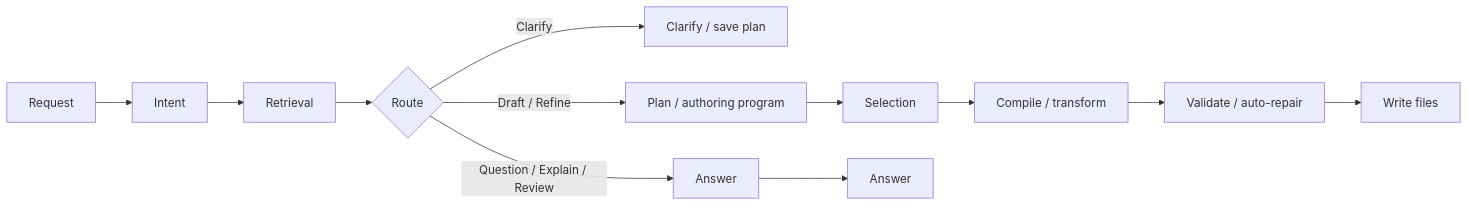
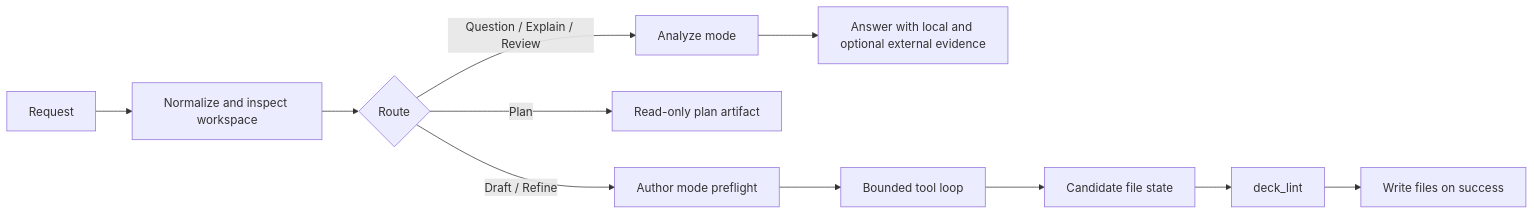
Before and after one commit to Airgap-Castaways/deck: the diagram in docs/guides/ask.md, drawn with Mermaid. The commit also changed other lines of this file and 6 other files, not shown here.

````diff
--- a/docs/guides/ask.md
+++ b/docs/guides/ask.md
@@ -29,14 +29,13 @@
 ```mermaid
 flowchart LR
-  A[Request] --> B[Intent]
-  B --> C[Retrieval]
-  C --> D{Route}
-  D -- Clarify --> E[Clarify / save plan]
-  D -- Question / Explain / Review --> F[Answer]
-  D -- Draft / Refine --> G[Plan / authoring program]
-  G --> H[Selection]
-  H --> I[Compile / transform]
-  I --> J[Validate / auto-repair]
-  F --> K[Answer]
-  J --> L[Write files]
+  A[Request] --> B[Normalize and inspect workspace]
+  B --> C{Route}
+  C -- Question / Explain / Review --> D[Analyze mode]
+  C -- Plan --> E[Read-only plan artifact]
+  C -- Draft / Refine --> F[Author mode preflight]
+  D --> G[Answer with local and optional external evidence]
+  F --> H[Bounded tool loop]
+  H --> I[Candidate file state]
+  I --> J[deck_lint]
+  J --> K[Write files on success]
 ```
````
